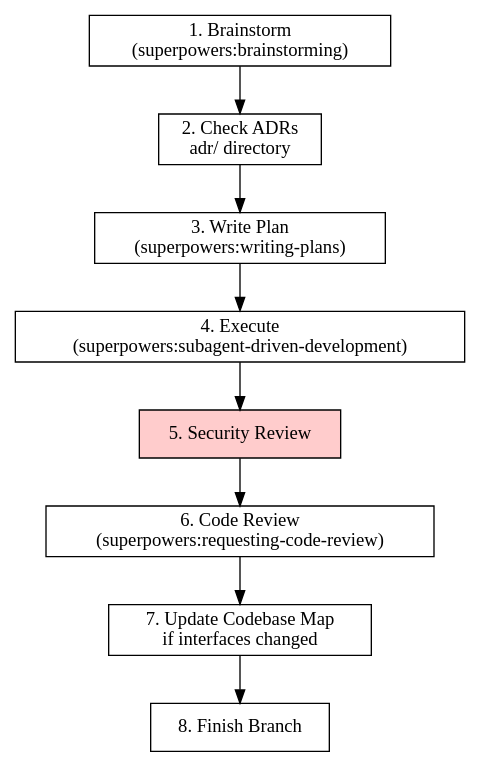
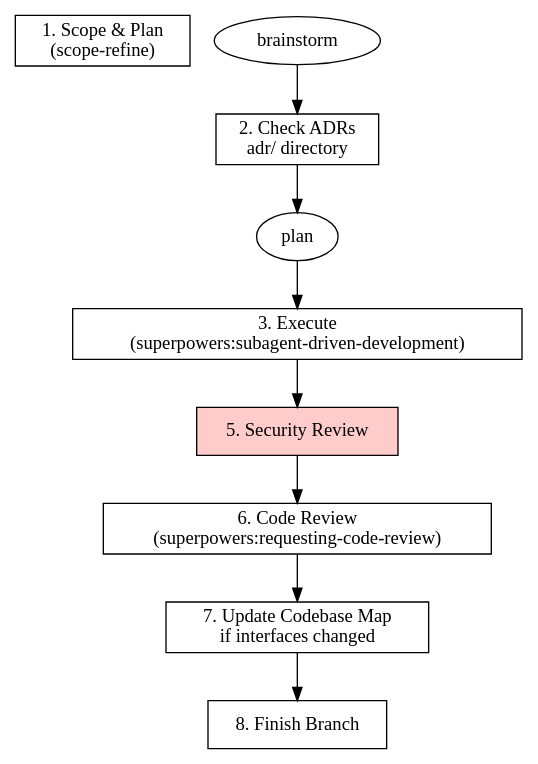
One commit to Nilay-Shah/dotfiles changed the diagram in .claude/skills/staff-sre/SKILL.md. Above: the diagram before and after it, drawn with Graphviz. The commit also changed other lines of this file and 4 other files, not shown here.

First line of the commit message:
feat(skills): add execute-plan skill for parallel agent dispatch

````diff
--- a/.claude/skills/staff-sre/SKILL.md
+++ b/.claude/skills/staff-sre/SKILL.md
@@ -28,15 +28,14 @@
 ```dot
 digraph sre_pipeline {
     rankdir=TB;
-    brainstorm [label="1. Brainstorm\n(superpowers:brainstorming)", shape=box];
+    scope [label="1. Scope & Plan\n(scope-refine)", shape=box];
     adr [label="2. Check ADRs\nadr/ directory", shape=box];
-    plan [label="3. Write Plan\n(superpowers:writing-plans)", shape=box];
-    execute [label="4. Execute\n(superpowers:subagent-driven-development)", shape=box];
+    execute [label="3. Execute\n(superpowers:subagent-driven-development)", shape=box];
     security [label="5. Security Review", shape=box, style=filled, fillcolor="#ffcccc"];
     review [label="6. Code Review\n(superpowers:requesting-code-review)", shape=box];
     update [label="7. Update Codebase Map\nif interfaces changed", shape=box];
     finish [label="8. Finish Branch", shape=box];
 
     brainstorm -> adr -> plan -> execute -> security -> review -> update -> finish;
 }
 ```
````
